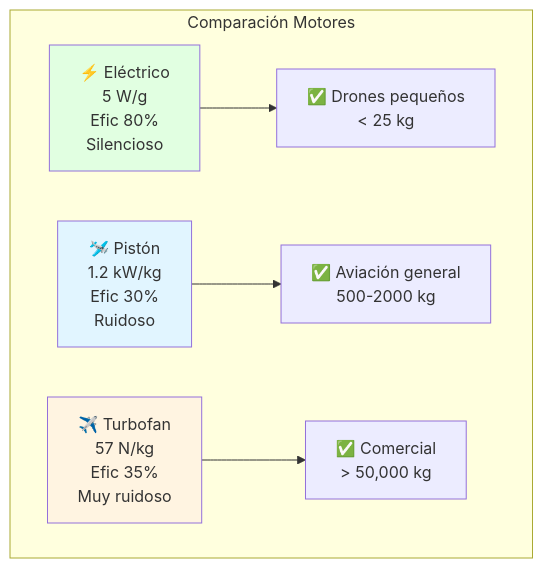
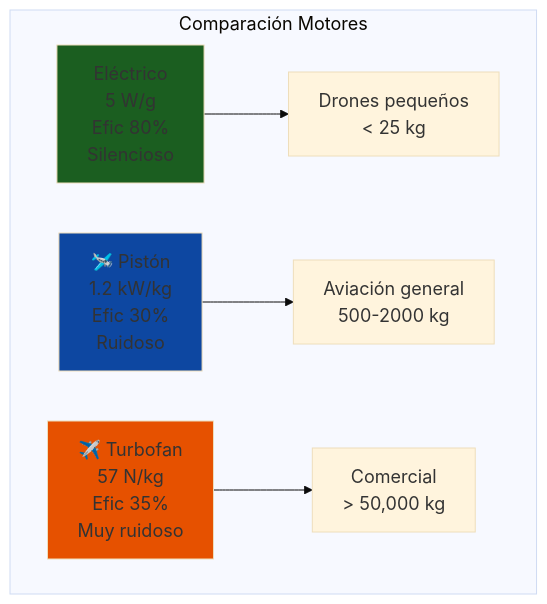
Before and after one commit to Ai-Whisperers/Courses-Content: the seventh of 16 diagrams in courses/🟡-development/FPUNA-2026/03-INGENIERIA-AERONAUTICA/04-sistemas-propulsion.md, drawn with Mermaid. The commit also changed other lines of this file and 47 other files, not shown here.

First line of the commit message:
fix: Make all 473 diagrams WCAG AAA accessible (FPUNA-2026)

````diff
--- a/courses/🟡-development/FPUNA-2026/03-INGENIERIA-AERONAUTICA/04-sistemas-propulsion.md
+++ b/courses/🟡-development/FPUNA-2026/03-INGENIERIA-AERONAUTICA/04-sistemas-propulsion.md
@@ -423,16 +429,17 @@
 ```mermaid
+%%{init: {'theme':'base', 'themeVariables': {'fontSize':'18px'}}}%%
 graph TD
     subgraph "Comparación Motores"
-        A[⚡ Eléctrico<br/>5 W/g<br/>Efic 80%<br/>Silencioso]
+        A[Eléctrico<br/>5 W/g<br/>Efic 80%<br/>Silencioso]
         B[🛩️ Pistón<br/>1.2 kW/kg<br/>Efic 30%<br/>Ruidoso]
         C[✈️ Turbofan<br/>57 N/kg<br/>Efic 35%<br/>Muy ruidoso]
         
-        A --> D[✅ Drones pequeños<br/>< 25 kg]
-        B --> E[✅ Aviación general<br/>500-2000 kg]
-        C --> F[✅ Comercial<br/>> 50,000 kg]
+        A --> D[Drones pequeños<br/>< 25 kg]
+        B --> E[Aviación general<br/>500-2000 kg]
+        C --> F[Comercial<br/>> 50,000 kg]
     end
     
-    style A fill:#E1FFE1
-    style B fill:#E1F5FF
-    style C fill:#FFF4E1
+    style A fill:#1b5e20
+    style B fill:#0d47a1
+    style C fill:#e65100
 ```
````
